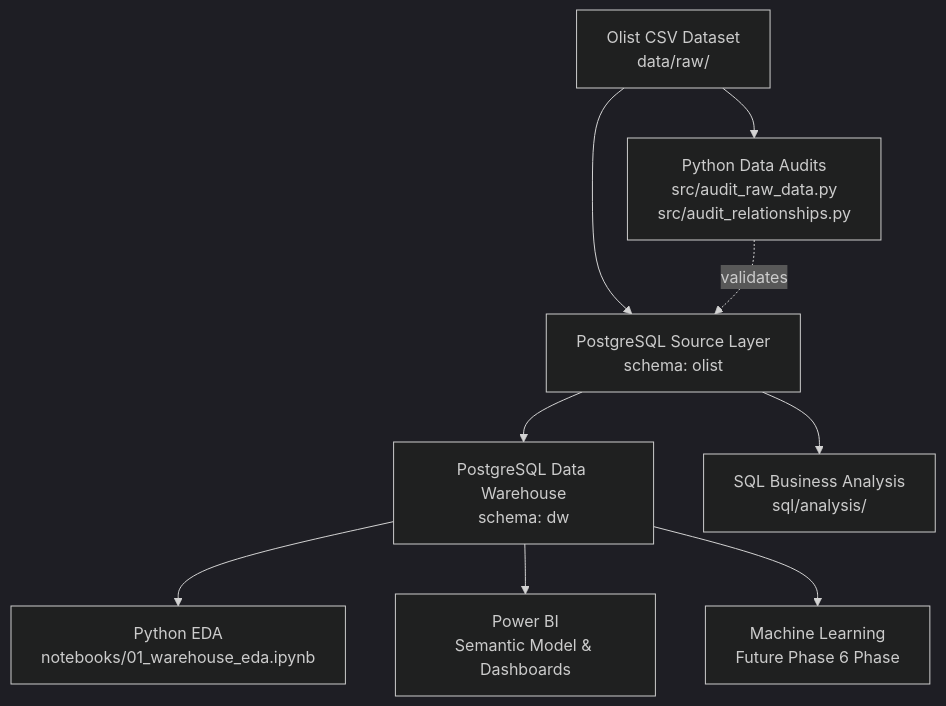
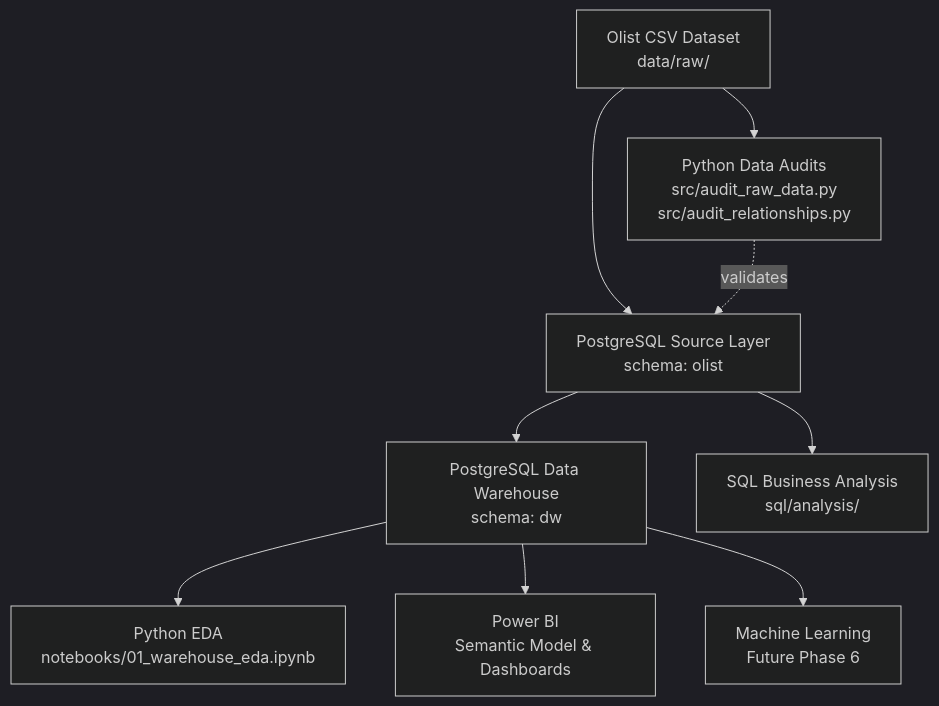
Before and after one commit to Roberto-Montero-D/olist-ecommerce-analytics: the first of 6 diagrams in docs/phase_4_system_architecture.md, drawn with Mermaid (dark theme). The commit also changed 14 other files, not shown here.

````diff
--- a/docs/phase_4_system_architecture.md
+++ b/docs/phase_4_system_architecture.md
@@ -26,20 +26,20 @@
 ``` mermaid
 flowchart TD
     CSV["Olist CSV Dataset<br/>data/raw/"]
     AUDIT["Python Data Audits<br/>src/audit_raw_data.py<br/>src/audit_relationships.py"]
     SOURCE["PostgreSQL Source Layer<br/>schema: olist"]
     DW["PostgreSQL Data Warehouse<br/>schema: dw"]
     SQL["SQL Business Analysis<br/>sql/analysis/"]
     PY["Python EDA<br/>notebooks/01_warehouse_eda.ipynb"]
     BI["Power BI<br/>Semantic Model & Dashboards"]
-    ML["Machine Learning<br/>Future Phase 6 Phase"]
+    ML["Machine Learning<br/>Future Phase 6"]
 
     CSV --> AUDIT
     CSV --> SOURCE
     AUDIT -. validates .-> SOURCE
     SOURCE --> DW
     SOURCE --> SQL
     DW --> PY
     DW --> BI
     DW --> ML
 ```
````
